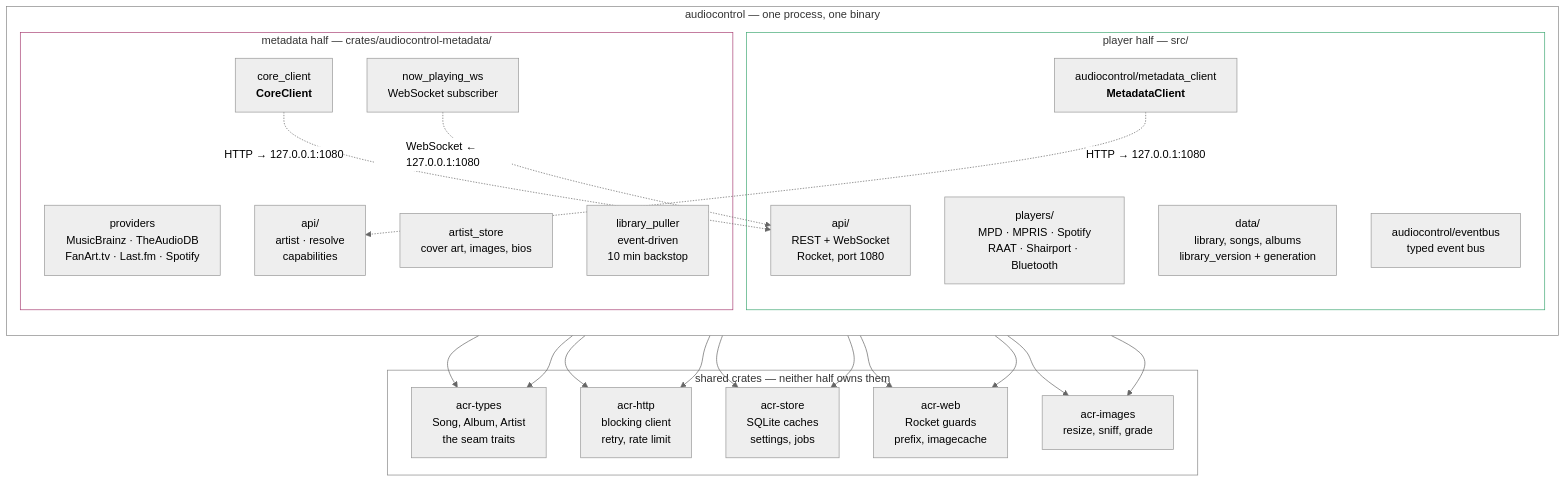
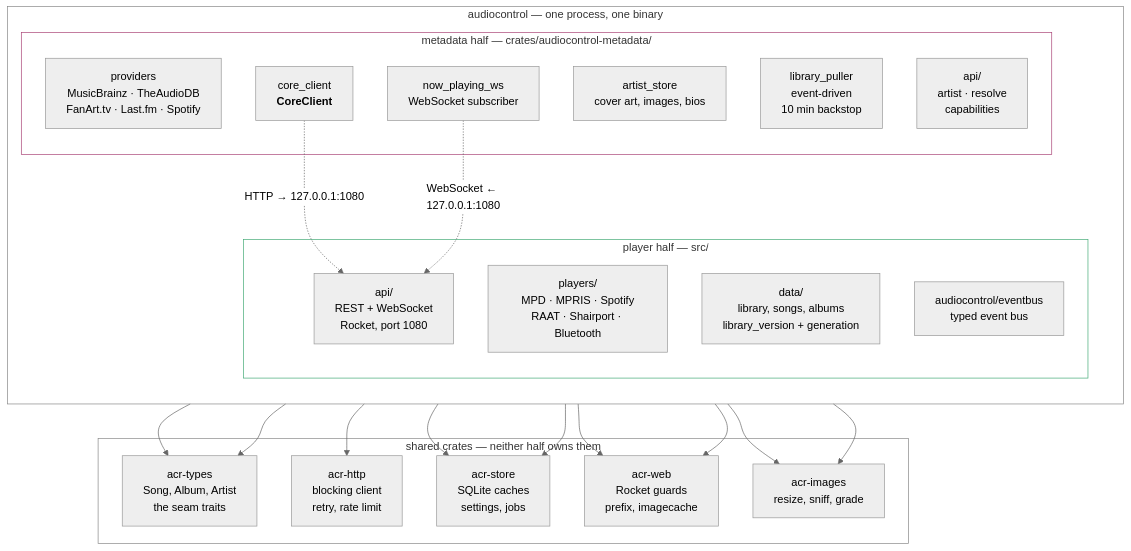
One commit to hifiberry/acr changed the first of 8 diagrams in doc/communications.md. Above: the diagram before and after it, drawn with Mermaid (neutral theme). The commit also changed other lines of this file and 26 other files, not shown here.

First line of the commit message:
refactor: make the metadata half a pure client

````diff
--- a/doc/communications.md
+++ b/doc/communications.md
@@ -69,49 +77,46 @@
 ```mermaid
 graph TB
     subgraph bin["audiocontrol — one process, one binary"]
         direction TB
         subgraph player["player half — src/"]
             API["api/<br/>REST + WebSocket<br/>Rocket, port 1080"]
             PC["players/<br/>MPD · MPRIS · Spotify<br/>RAAT · Shairport · Bluetooth"]
             LIB["data/<br/>library, songs, albums<br/>library_version + generation"]
             BUS["audiocontrol/eventbus<br/>typed event bus"]
-            MC["audiocontrol/metadata_client<br/><b>MetadataClient</b>"]
         end
         subgraph meta["metadata half — crates/audiocontrol-metadata/"]
             PROV["providers<br/>MusicBrainz · TheAudioDB<br/>FanArt.tv · Last.fm · Spotify"]
             STORE["artist_store<br/>cover art, images, bios"]
             WS["now_playing_ws<br/>WebSocket subscriber"]
             PULL["library_puller<br/>event-driven<br/>10 min backstop"]
             CC["core_client<br/><b>CoreClient</b>"]
             MAPI["api/<br/>artist · resolve<br/>capabilities"]
         end
     end
 
     subgraph shared["shared crates — neither half owns them"]
         T["acr-types<br/>Song, Album, Artist<br/>the seam traits"]
         H["acr-http<br/>blocking client<br/>retry, rate limit"]
         S["acr-store<br/>SQLite caches<br/>settings, jobs"]
         W["acr-web<br/>Rocket guards<br/>prefix, imagecache"]
         I["acr-images<br/>resize, sniff, grade"]
     end
 
-    MC -.->|"HTTP → 127.0.0.1:1080"| MAPI
     CC -.->|"HTTP → 127.0.0.1:1080"| API
     WS -.->|"WebSocket ← 127.0.0.1:1080"| API
 
     LIB --> T
     API --> W
-    MC --> H
     LIB --> S
     API --> I
     PROV --> T
     CC --> H
     STORE --> S
     MAPI --> W
     STORE --> I
 
     style bin fill:none,stroke:#888
     style player fill:none,stroke:#4a7
     style meta fill:none,stroke:#a47
     style shared fill:none,stroke:#888
 ```
````
